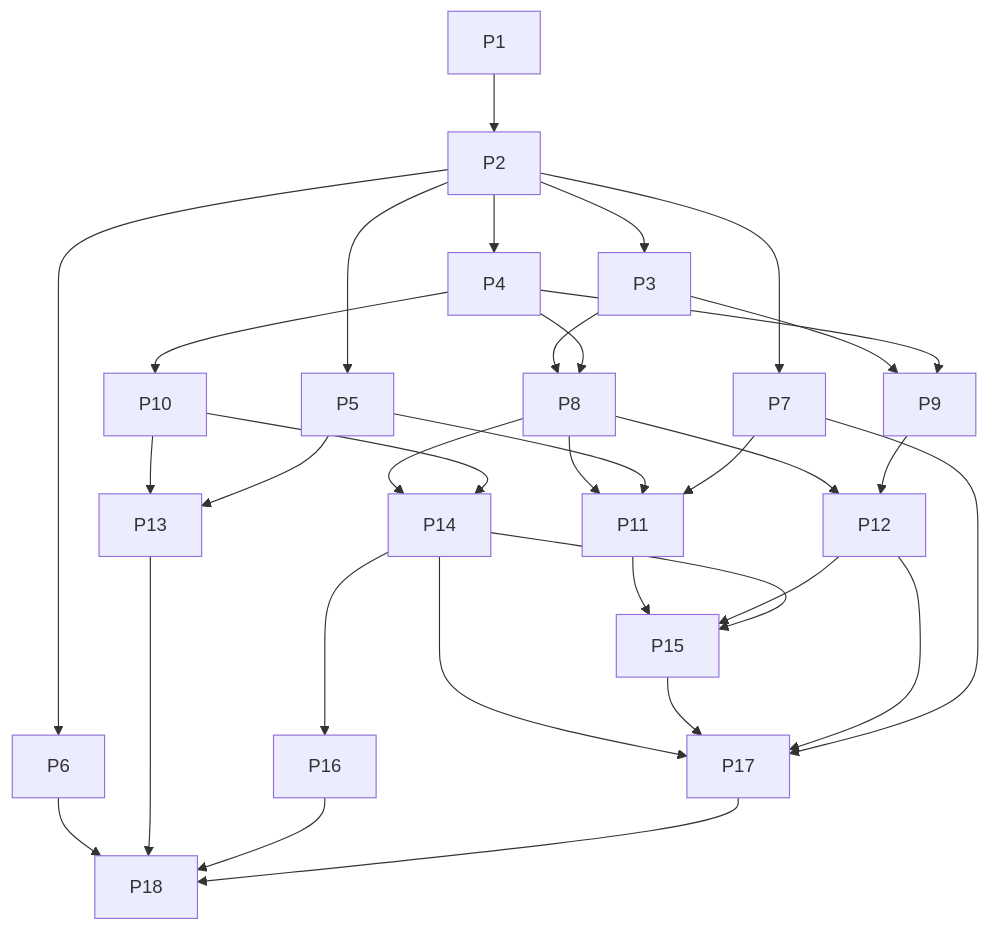
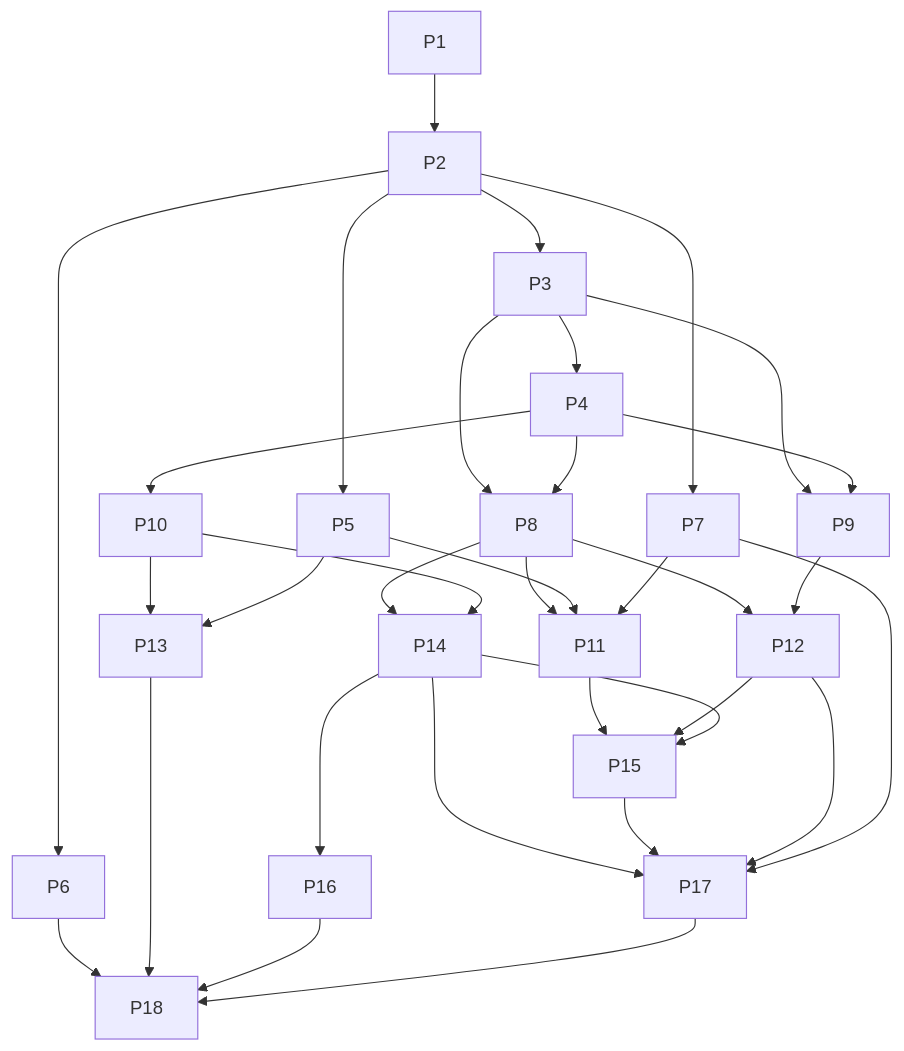
Before and after one commit to teamupstart/mission-control: the diagram in docs/plans/headless-mode-implementation/phased-plan.md, drawn with Mermaid. The commit also changed other lines of this file and 9 other files, not shown here.

````diff
--- a/docs/plans/headless-mode-implementation/phased-plan.md
+++ b/docs/plans/headless-mode-implementation/phased-plan.md
@@ -92,35 +93,35 @@
 ```mermaid
 flowchart TD
   P1 --> P2
   P2 --> P3
-  P2 --> P4
+  P3 --> P4
   P2 --> P5
   P2 --> P6
   P2 --> P7
   P3 --> P8
   P4 --> P8
   P3 --> P9
   P4 --> P9
   P4 --> P10
   P8 --> P11
   P5 --> P11
   P7 --> P11
   P8 --> P12
   P9 --> P12
   P10 --> P13
   P5 --> P13
   P8 --> P14
   P10 --> P14
   P11 --> P15
   P12 --> P15
   P14 --> P15
   P14 --> P16
   P14 --> P17
   P15 --> P17
   P12 --> P17
   P7 --> P17
   P6 --> P18
   P13 --> P18
   P16 --> P18
   P17 --> P18
 ```
````
